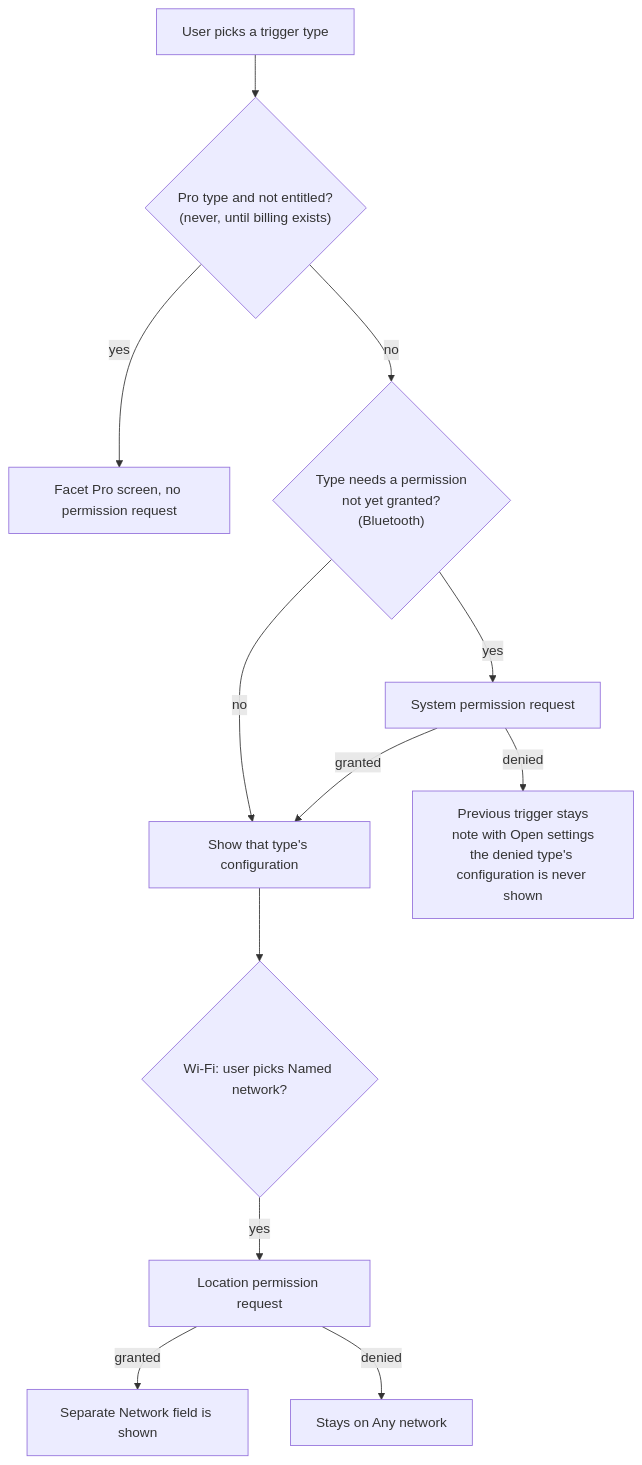
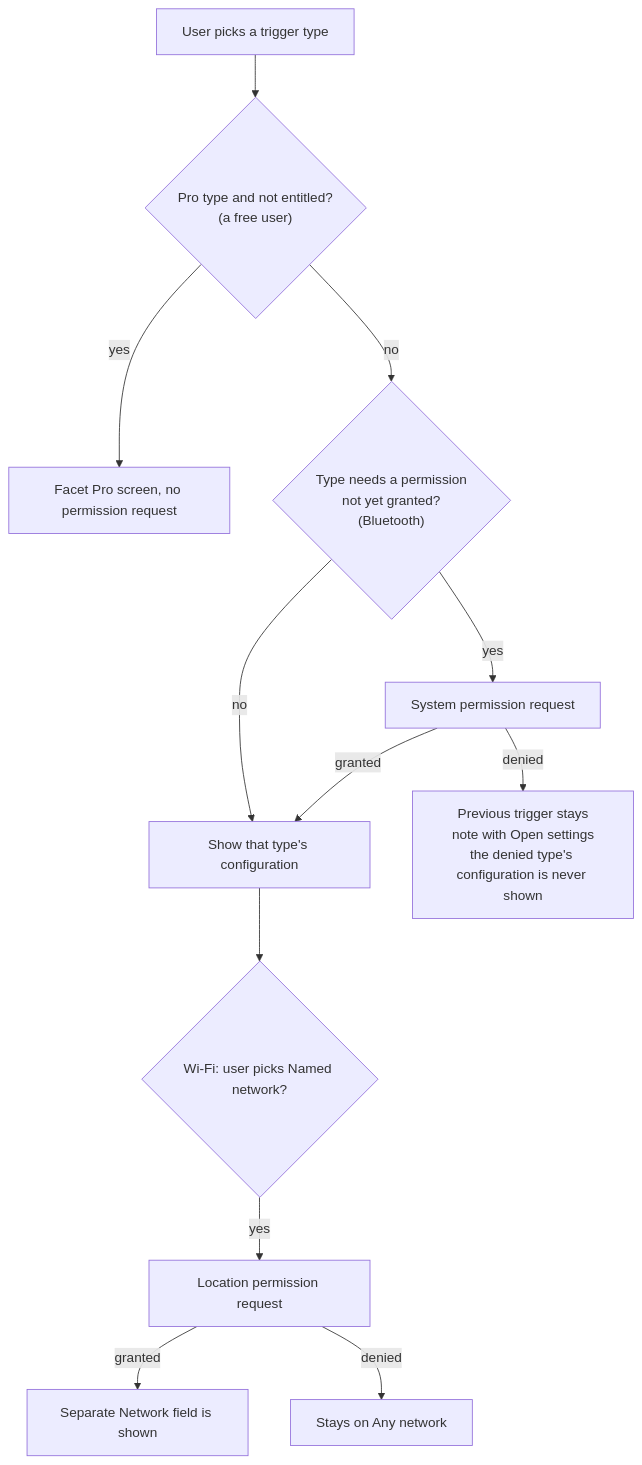
The sixth of 6 diagrams in docs/architecture/15-flow-facet-automation.md (rohitganjam/facet-launcher), drawn with Mermaid before and after one commit. The commit also changed other lines of this file and 35 other files, not shown here.

First line of the commit message:
Gate custom clock widgets behind Pro, compact Pro screen, billing docs and copy updates

````diff
--- a/docs/architecture/15-flow-facet-automation.md
+++ b/docs/architecture/15-flow-facet-automation.md
@@ -536,14 +535,14 @@
 ```mermaid
 flowchart TB
-    A["User picks a trigger type"] --> B{"Pro type and not entitled?\n(never, until billing exists)"}
+    A["User picks a trigger type"] --> B{"Pro type and not entitled?\n(a free user)"}
     B -- yes --> U["Facet Pro screen, no permission request"]
     B -- no --> C{"Type needs a permission\nnot yet granted?\n(Bluetooth)"}
     C -- no --> OK["Show that type's configuration"]
     C -- yes --> R["System permission request"]
     R -- granted --> OK
     R -- denied --> S["Previous trigger stays\nnote with Open settings\nthe denied type's configuration is never shown"]
     OK --> W{"Wi-Fi: user picks Named network?"}
     W -- yes --> L["Location permission request"]
     L -- granted --> N["Separate Network field is shown"]
     L -- denied --> AN["Stays on Any network"]
 ```
````
